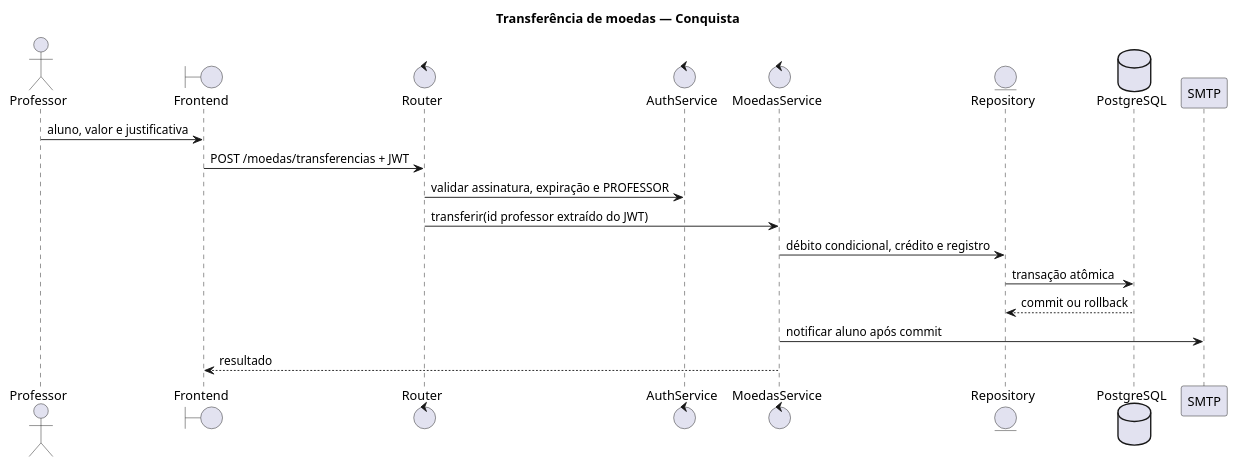
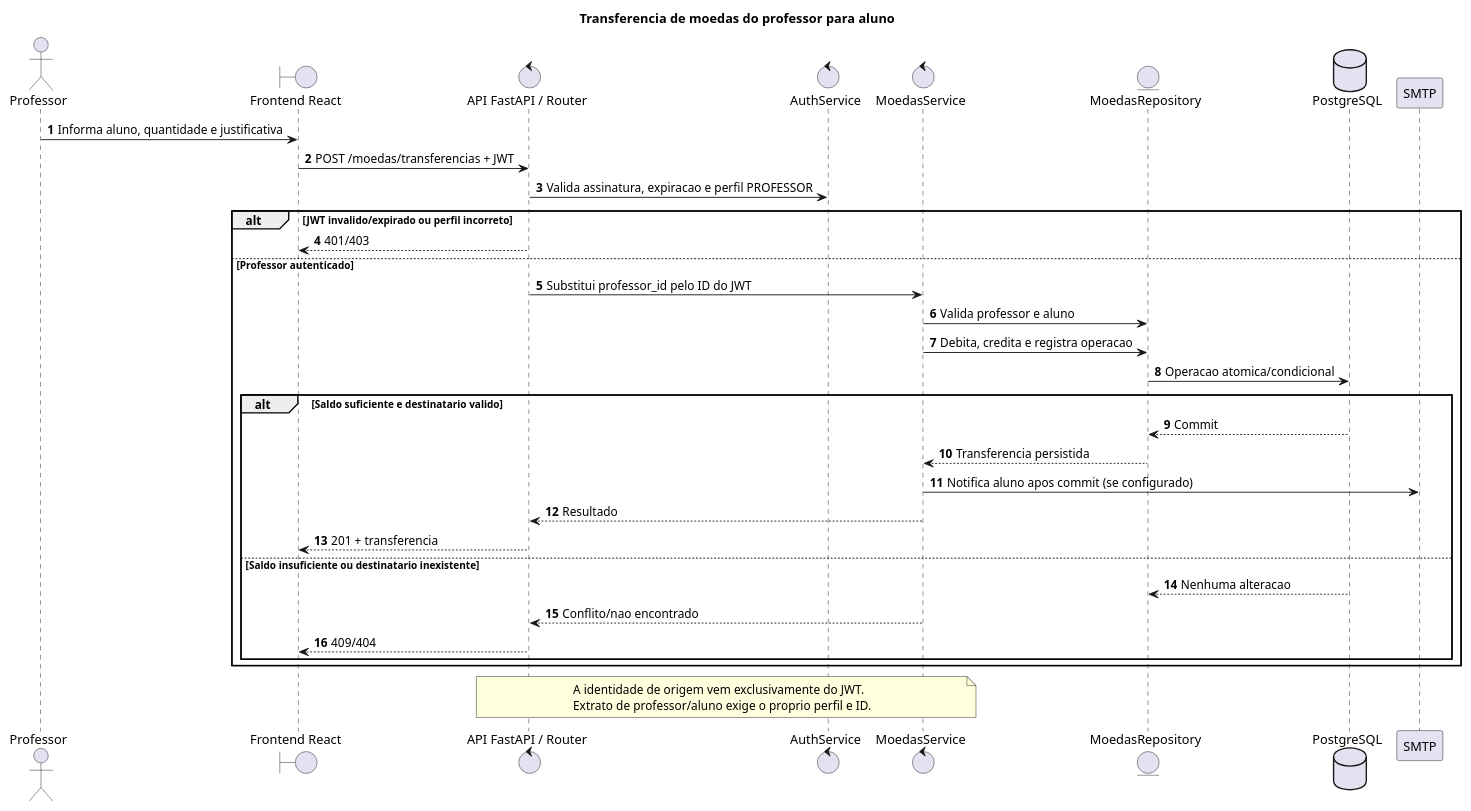
Before and after one commit to gusLeonardi/moeda-estudantil: the diagram in docs/modelagem/lab04-seq-transferencia.puml, drawn with PlantUML. The commit also changed 58 other files, not shown here.

Commit message:
feat: complete Lab04 authentication, authorization and UML diagrams

```diff
--- a/docs/modelagem/lab04-seq-transferencia.puml
+++ b/docs/modelagem/lab04-seq-transferencia.puml
@@ -1,20 +1,39 @@
 @startuml
-title Transferência de moedas — Conquista
+title Transferencia de moedas do professor para aluno
+autonumber
 actor Professor
-boundary Frontend
-control Router
+boundary "Frontend React" as UI
+control "API FastAPI / Router" as API
 control AuthService
 control MoedasService
-entity Repository
-database PostgreSQL
+entity MoedasRepository
+database PostgreSQL as DB
 participant SMTP
-Professor -> Frontend: aluno, valor e justificativa
-Frontend -> Router: POST /moedas/transferencias + JWT
-Router -> AuthService: validar assinatura, expiração e PROFESSOR
-Router -> MoedasService: transferir(id professor extraído do JWT)
-MoedasService -> Repository: débito condicional, crédito e registro
-Repository -> PostgreSQL: transação atômica
-PostgreSQL --> Repository: commit ou rollback
-MoedasService -> SMTP: notificar aluno após commit
-MoedasService --> Frontend: resultado
+
+Professor -> UI: Informa aluno, quantidade e justificativa
+UI -> API: POST /moedas/transferencias + JWT
+API -> AuthService: Valida assinatura, expiracao e perfil PROFESSOR
+alt JWT invalido/expirado ou perfil incorreto
+  API --> UI: 401/403
+else Professor autenticado
+  API -> MoedasService: Substitui professor_id pelo ID do JWT
+  MoedasService -> MoedasRepository: Valida professor e aluno
+  MoedasService -> MoedasRepository: Debita, credita e registra operacao
+  MoedasRepository -> DB: Operacao atomica/condicional
+  alt Saldo suficiente e destinatario valido
+    DB --> MoedasRepository: Commit
+    MoedasRepository --> MoedasService: Transferencia persistida
+    MoedasService -> SMTP: Notifica aluno apos commit (se configurado)
+    MoedasService --> API: Resultado
+    API --> UI: 201 + transferencia
+  else Saldo insuficiente ou destinatario inexistente
+    DB --> MoedasRepository: Nenhuma alteracao
+    MoedasService --> API: Conflito/nao encontrado
+    API --> UI: 409/404
+  end
+end
+note over API,MoedasService
+  A identidade de origem vem exclusivamente do JWT.
+  Extrato de professor/aluno exige o proprio perfil e ID.
+end note
 @enduml
```
